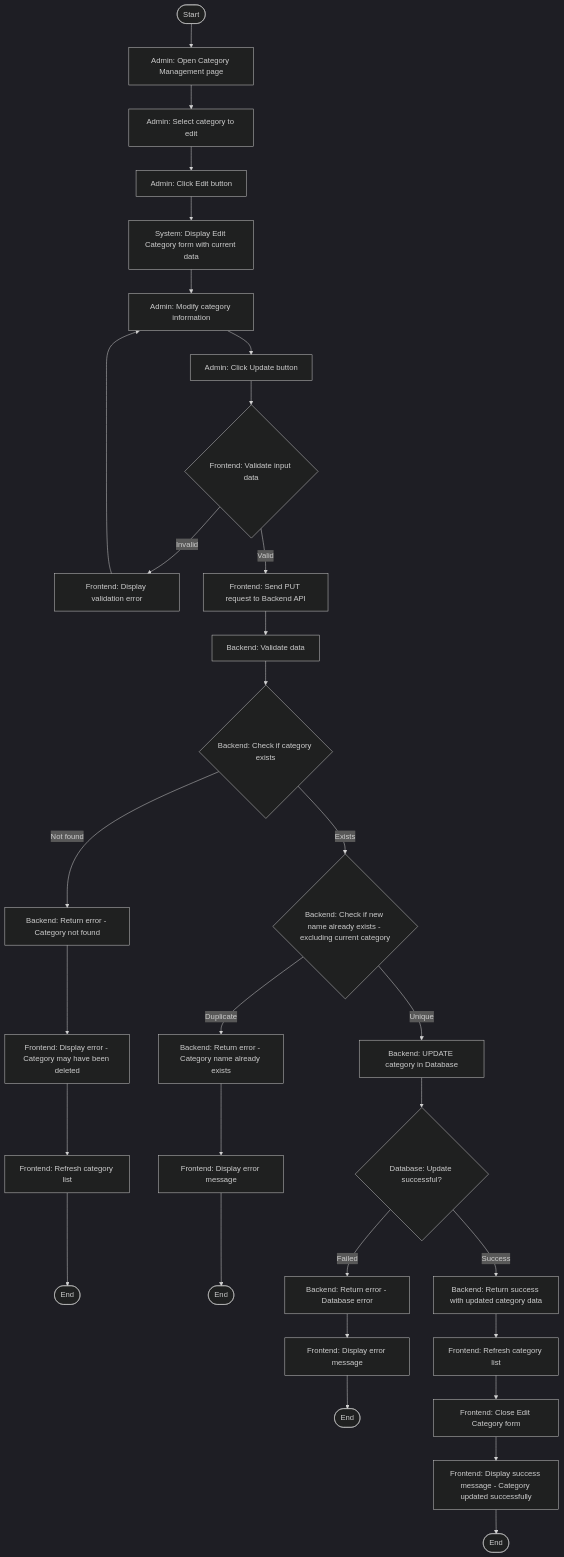
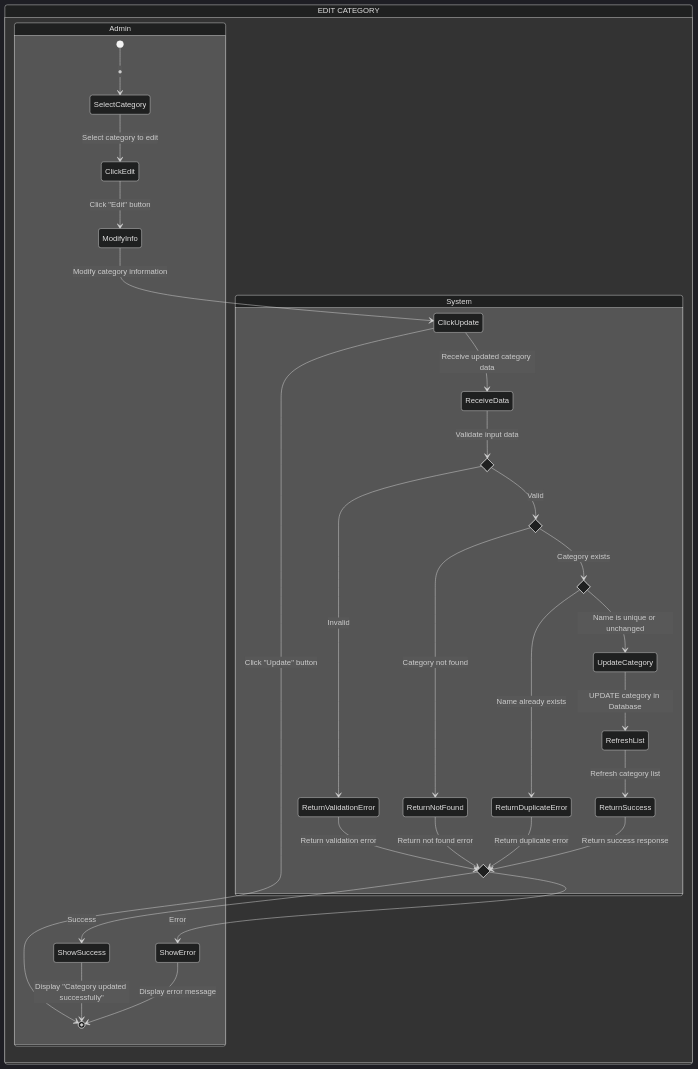
One commit to phuongloannn/bicycle-web-FE changed the fourth of 6 diagrams in UML_Activity_Diagrams.md. Above: the diagram before and after it, drawn with Mermaid (dark theme). The commit also changed other lines of this file, not shown here.

Commit message:
Add UML Activity Diagrams with swimlanes for Inventory and Category Management

````diff
--- a/UML_Activity_Diagrams.md
+++ b/UML_Activity_Diagrams.md
@@ -147,43 +175,43 @@
 ```mermaid
-flowchart TD
-    Start([Start]) --> OpenPage[Admin: Open Category Management page]
-    OpenPage --> SelectCategory[Admin: Select category to edit]
-    SelectCategory --> ClickEdit[Admin: Click Edit button]
-    
-    ClickEdit --> ShowForm[System: Display Edit Category form with current data]
-    ShowForm --> ModifyData[Admin: Modify category information]
-    ModifyData --> ClickUpdate[Admin: Click Update button]
-    
-    ClickUpdate --> ValidateInput{Frontend: Validate input data}
-    
-    ValidateInput -->|Invalid| ShowValidationError[Frontend: Display validation error]
-    ShowValidationError --> ModifyData
-    
-    ValidateInput -->|Valid| SendToBackend[Frontend: Send PUT request to Backend API]
-    SendToBackend --> ValidateBackend[Backend: Validate data]
-    ValidateBackend --> CheckExists{Backend: Check if category exists}
-    
-    CheckExists -->|Not found| ReturnNotFound[Backend: Return error - Category not found]
-    ReturnNotFound --> DisplayNotFound[Frontend: Display error - Category may have been deleted]
-    DisplayNotFound --> RefreshList1[Frontend: Refresh category list]
-    RefreshList1 --> End1([End])
-    
-    CheckExists -->|Exists| CheckDuplicate{Backend: Check if new name already exists - excluding current category}
-    
-    CheckDuplicate -->|Duplicate| ReturnDuplicate[Backend: Return error - Category name already exists]
-    ReturnDuplicate --> DisplayDuplicate[Frontend: Display error message]
-    DisplayDuplicate --> End2([End])
-    
-    CheckDuplicate -->|Unique| UpdateCategory[Backend: UPDATE category in Database]
-    UpdateCategory --> CheckUpdate{Database: Update successful?}
-    
-    CheckUpdate -->|Failed| ReturnDBError[Backend: Return error - Database error]
-    ReturnDBError --> DisplayDBError[Frontend: Display error message]
-    DisplayDBError --> End3([End])
-    
-    CheckUpdate -->|Success| ReturnSuccess[Backend: Return success with updated category data]
-    ReturnSuccess --> RefreshList2[Frontend: Refresh category list]
-    RefreshList2 --> CloseForm[Frontend: Close Edit Category form]
-    CloseForm --> ShowSuccess[Frontend: Display success message - Category updated successfully]
-    ShowSuccess --> End4([End])
+stateDiagram-v2
+    state "EDIT CATEGORY" as frame {
+        state "Admin" as admin_col {
+            [*] --> SelectCategory: ●
+            SelectCategory --> ClickEdit: Select category to edit
+            ClickEdit --> ModifyInfo: Click "Edit" button
+            ModifyInfo --> ClickUpdate: Modify category information
+            ClickUpdate --> [*]: Click "Update" button
+            
+            state DisplayResult <<choice>>
+            DisplayResult --> ShowSuccess: Success
+            DisplayResult --> ShowError: Error
+            ShowSuccess --> [*]: Display "Category updated successfully"
+            ShowError --> [*]: Display error message
+        }
+        
+        state "System" as system_col {
+            state ValidateInput <<choice>>
+            state CheckDuplicate <<choice>>
+            state CheckExists <<choice>>
+            
+            ClickUpdate --> ReceiveData: Receive updated category data
+            ReceiveData --> ValidateInput: Validate input data
+            
+            ValidateInput --> CheckExists: Valid
+            ValidateInput --> ReturnValidationError: Invalid
+            ReturnValidationError --> DisplayResult: Return validation error
+            
+            CheckExists --> CheckDuplicate: Category exists
+            CheckExists --> ReturnNotFound: Category not found
+            ReturnNotFound --> DisplayResult: Return not found error
+            
+            CheckDuplicate --> UpdateCategory: Name is unique or unchanged
+            CheckDuplicate --> ReturnDuplicateError: Name already exists
+            ReturnDuplicateError --> DisplayResult: Return duplicate error
+            
+            UpdateCategory --> RefreshList: UPDATE category in Database
+            RefreshList --> ReturnSuccess: Refresh category list
+            ReturnSuccess --> DisplayResult: Return success response
+        }
+    }
 ```
````
